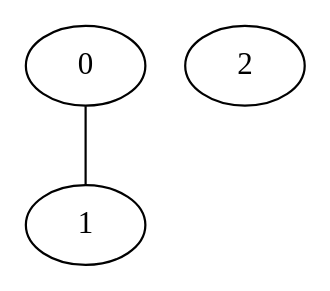
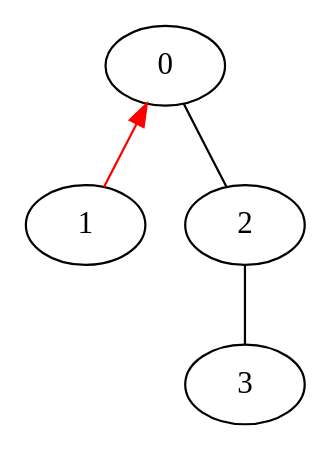
Before and after one commit to DSMishler/EBA_models: the diagram in EBA_graphviz/testrun/sim0001.dot, drawn with Graphviz. The commit also changed 729 other files, not shown here.

Commit message:
back and forth communication is now graphed

```diff
--- a/EBA_graphviz/testrun/sim0001.dot
+++ b/EBA_graphviz/testrun/sim0001.dot
@@ -1,8 +1,11 @@
 // network test graph
 digraph
 {
 	0 []
 	1 []
 	2 []
-	0 -> 1 [dir=none]
+	3 []
+	0 -> 1 [dir=back,color=red]
+	0 -> 2 [dir=none]
+	2 -> 3 [dir=none]
 }
```
